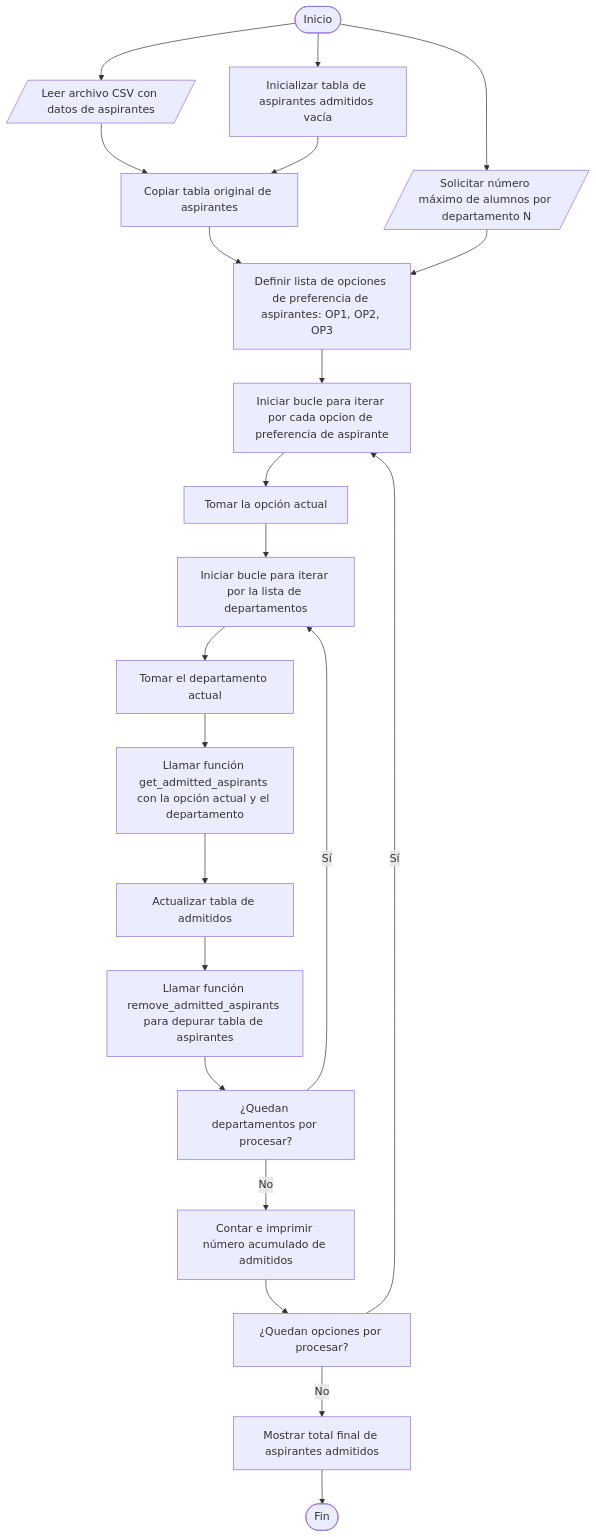
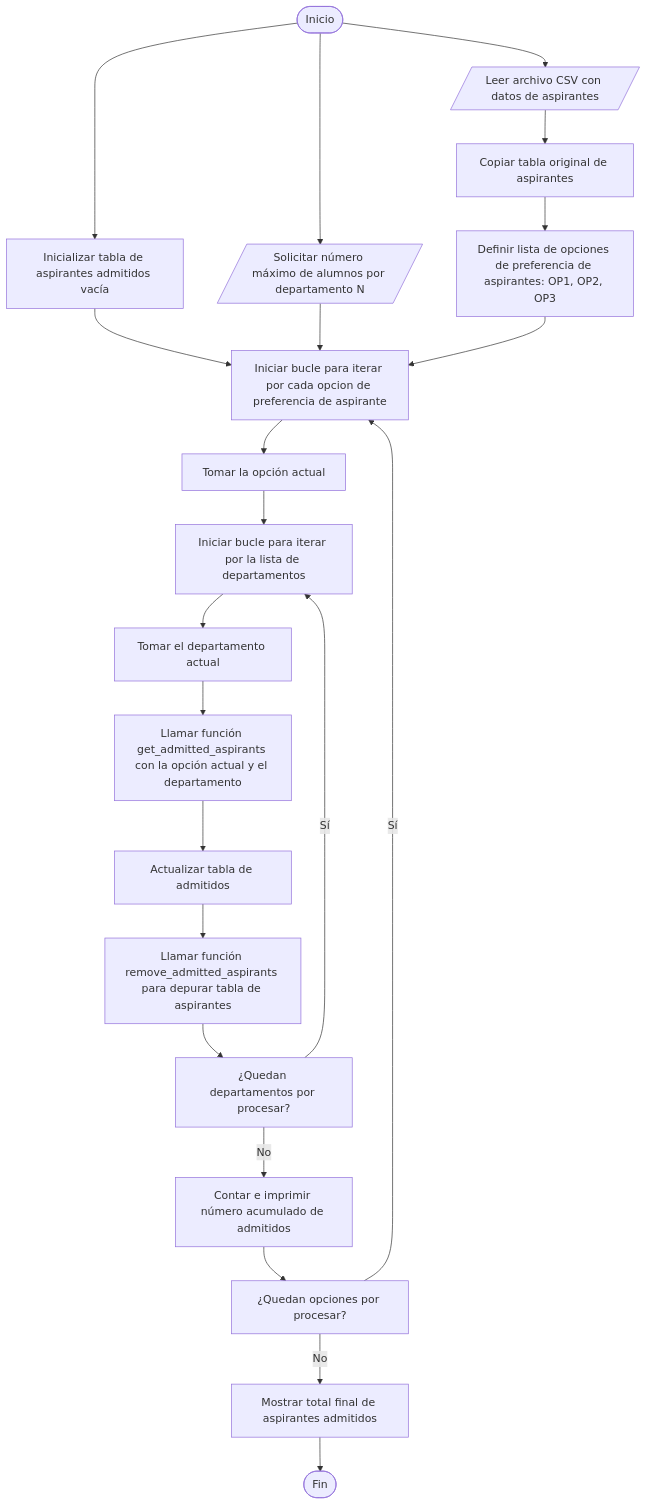
Before and after one commit to vshalisko/PythonIntro: the diagram in Unidad_3/Proyecto_3_algoritmo.mermaid, drawn with Mermaid.

```diff
--- a/Unidad_3/Proyecto_3_algoritmo.mermaid
+++ b/Unidad_3/Proyecto_3_algoritmo.mermaid
@@ -1,23 +1,23 @@
 flowchart TD
 
 A([Inicio]) --> B[/Leer archivo CSV con datos de aspirantes/]
 A --> C[/Solicitar número máximo de alumnos por departamento N/]
 A --> D[Inicializar tabla de aspirantes admitidos vacía]
-B --> E
-D --> E[Copiar tabla original de aspirantes]
+B --> E[Copiar tabla original de aspirantes]
+D --> G
 E --> F[Definir lista de opciones de preferencia de aspirantes: OP1, OP2, OP3]
-C --> F
+C --> G
 F --> G[Iniciar bucle para iterar por cada opcion de preferencia de aspirante]
 G --> H[Tomar la opción actual]
 H --> I[Iniciar bucle para iterar por la lista de departamentos]
 I --> J[Tomar el departamento actual]
 J --> K[Llamar función get_admitted_aspirants con la opción actual y el departamento]
 K --> L[Actualizar tabla de admitidos]
 L --> M[Llamar función remove_admitted_aspirants para depurar tabla de aspirantes]
 M --> N[¿Quedan departamentos por procesar?]
 N -- Sí --> I
 N -- No --> O[Contar e imprimir número acumulado de admitidos]
 O --> P[¿Quedan opciones por procesar?]
 P -- Sí --> G
 P -- No --> Q[Mostrar total final de aspirantes admitidos]
 Q --> R([Fin])
```
